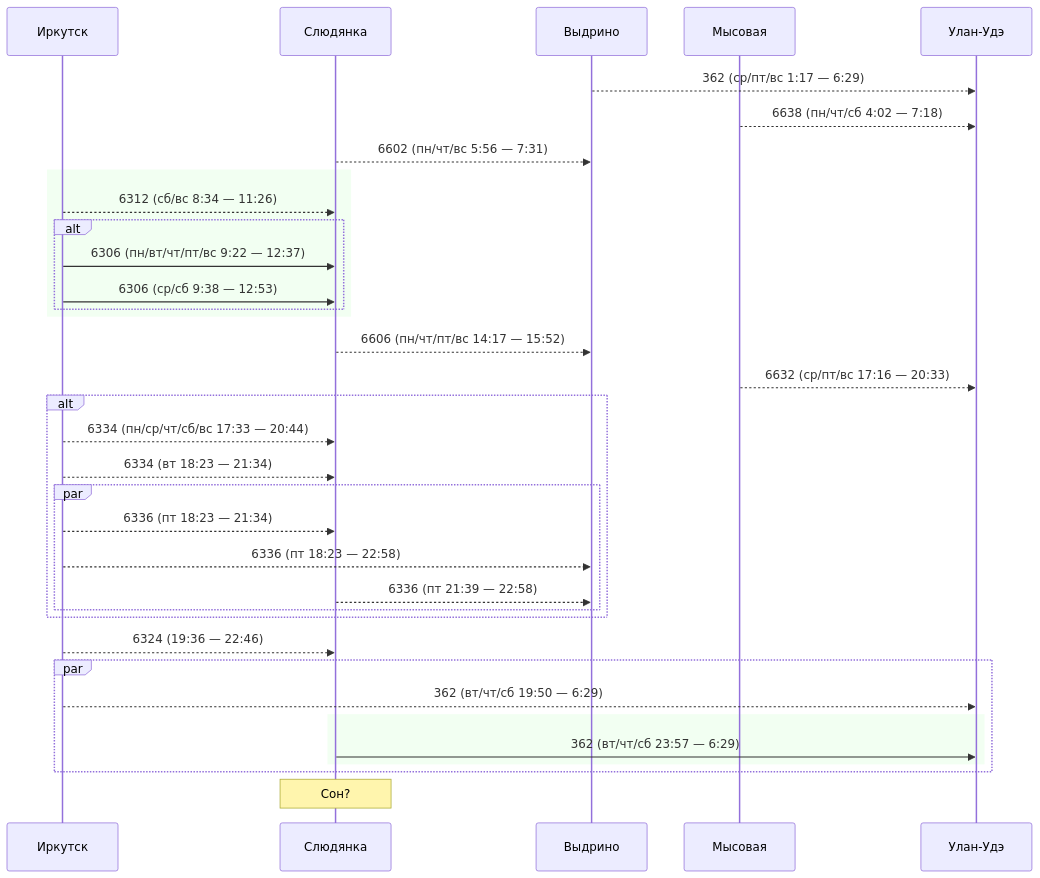
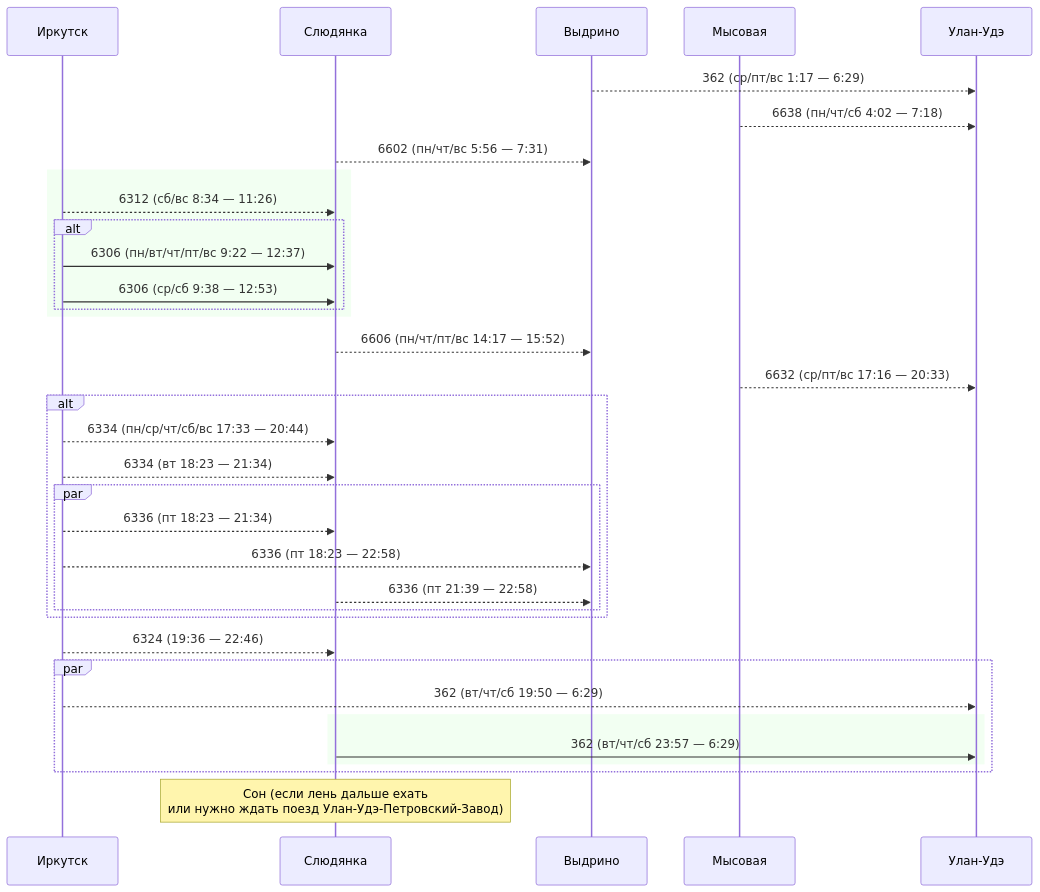
Diagram 12 of 13 in README.md (u0feff/Pezda), drawn with Mermaid before and after one commit. The commit also changed other lines of this file, not shown here.

Commit message:
Add Улан-Удэ - Чита

````diff
--- a/README.md
+++ b/README.md
@@ -505,46 +505,46 @@
 ```mermaid
 sequenceDiagram
     participant Иркутск
     participant Слюдянка
     participant Выдрино
     participant Мысовая
     participant Улан-Удэ
 
     Выдрино-->>Улан-Удэ: 362 (ср/пт/вс 1:17 — 6:29)
 
     Мысовая-->>Улан-Удэ: 6638 (пн/чт/сб 4:02 — 7:18)
 
     Слюдянка-->>Выдрино: 6602 (пн/чт/вс 5:56 — 7:31)
 
     rect rgba(0, 255, 0, 0.05)
     Иркутск-->>Слюдянка: 6312 (сб/вс 8:34 — 11:26)
     alt
     Иркутск->>Слюдянка: 6306 (пн/вт/чт/пт/вс 9:22 — 12:37)
     Иркутск->>Слюдянка: 6306 (ср/сб 9:38 — 12:53)
     end
     end
     Слюдянка-->>Выдрино: 6606 (пн/чт/пт/вс 14:17 — 15:52)
 
     Мысовая-->>Улан-Удэ: 6632 (ср/пт/вс 17:16 — 20:33)
 
     alt
     Иркутск-->>Слюдянка: 6334 (пн/ср/чт/сб/вс 17:33 — 20:44)
     Иркутск-->>Слюдянка: 6334 (вт 18:23 — 21:34)
     par
     Иркутск-->>Слюдянка: 6336 (пт 18:23 — 21:34)
     Иркутск-->>Выдрино: 6336 (пт 18:23 — 22:58)
     Слюдянка-->>Выдрино: 6336 (пт 21:39 — 22:58)
     end
     end
 
     Иркутск-->>Слюдянка: 6324 (19:36 — 22:46)
 
     par
     Иркутск-->>Улан-Удэ: 362 (вт/чт/сб 19:50 — 6:29)
     rect rgba(0, 255, 0, 0.05)
     Слюдянка->>Улан-Удэ: 362 (вт/чт/сб 23:57 — 6:29)
     end
     end
 
-    Note over Слюдянка: Сон?
+    Note over Слюдянка: Сон (если лень дальше ехать<br>или нужно ждать поезд Улан-Удэ-Петровский-Завод)
 ```
````
